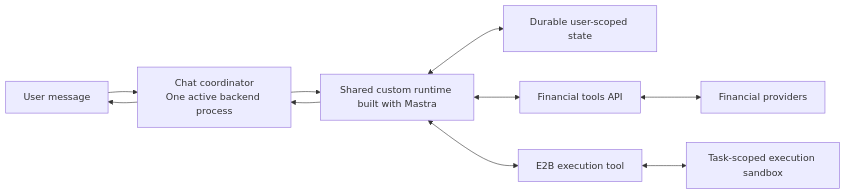
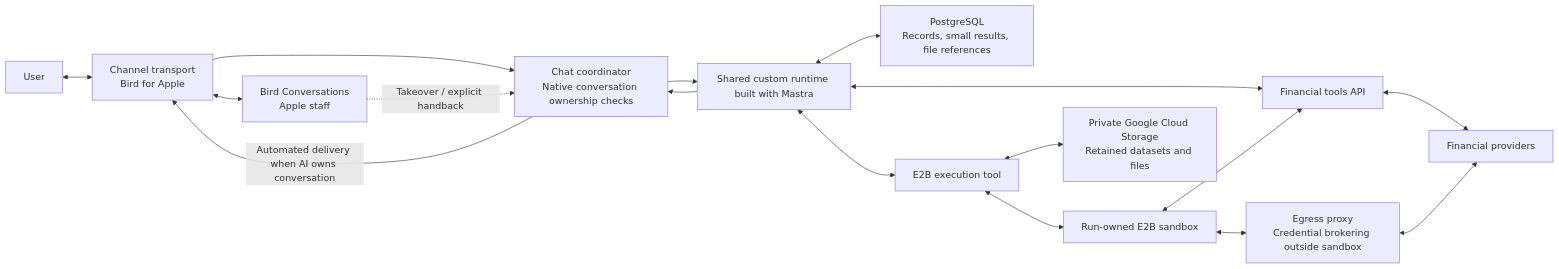
One commit to hsignals/ms-agentic-be changed the first of 3 diagrams in docs/architecture.md. Above: the diagram before and after it, drawn with Mermaid. The commit also changed other lines of this file and 36 other files, not shown here.

Commit message:
Update agent runtime, channel delivery, and storage design

````diff
--- a/docs/architecture.md
+++ b/docs/architecture.md
@@ -108,12 +117,19 @@
 ```mermaid
 flowchart LR
-    U["User message"] --> O["Chat coordinator<br/>One active backend process"]
+    U["User"] <--> C["Channel transport<br/>Bird for Apple"]
+    C <--> H["Bird Conversations<br/>Apple staff"]
+    C --> O["Chat coordinator<br/>Native conversation ownership checks"]
+    H -. "Takeover / explicit handback" .-> O
     O --> R["Shared custom runtime built with Mastra"]
-    R <--> D["Durable user-scoped state"]
+    R <--> D["PostgreSQL<br/>Records, small results, file references"]
     R <--> F["Financial tools API"]
     F <--> P["Financial providers"]
     R <--> E["E2B execution tool"]
-    E <--> S["Task-scoped execution sandbox"]
+    E <--> S["Run-owned E2B sandbox"]
+    E <--> G["Private Google Cloud Storage<br/>Retained datasets and files"]
+    S <--> X["Egress proxy<br/>Credential brokering outside sandbox"]
+    X <--> P
+    S <--> F
     R --> O
-    O --> U
+    O -->|Automated delivery when AI owns conversation| C
 ```
````
